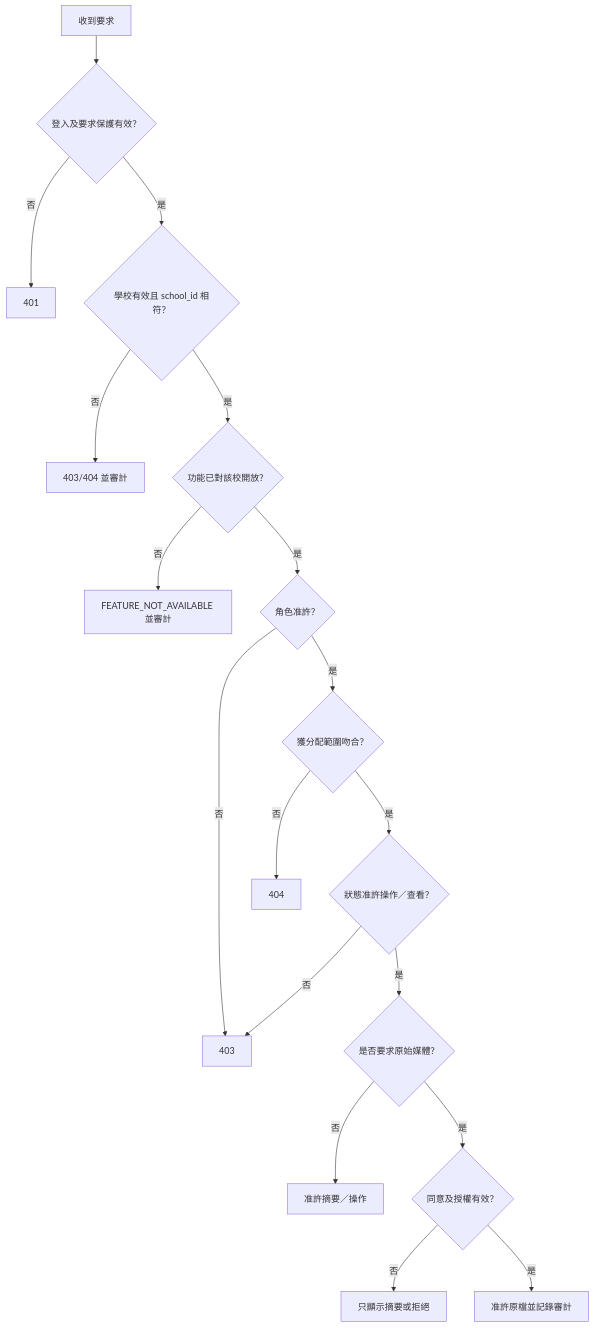
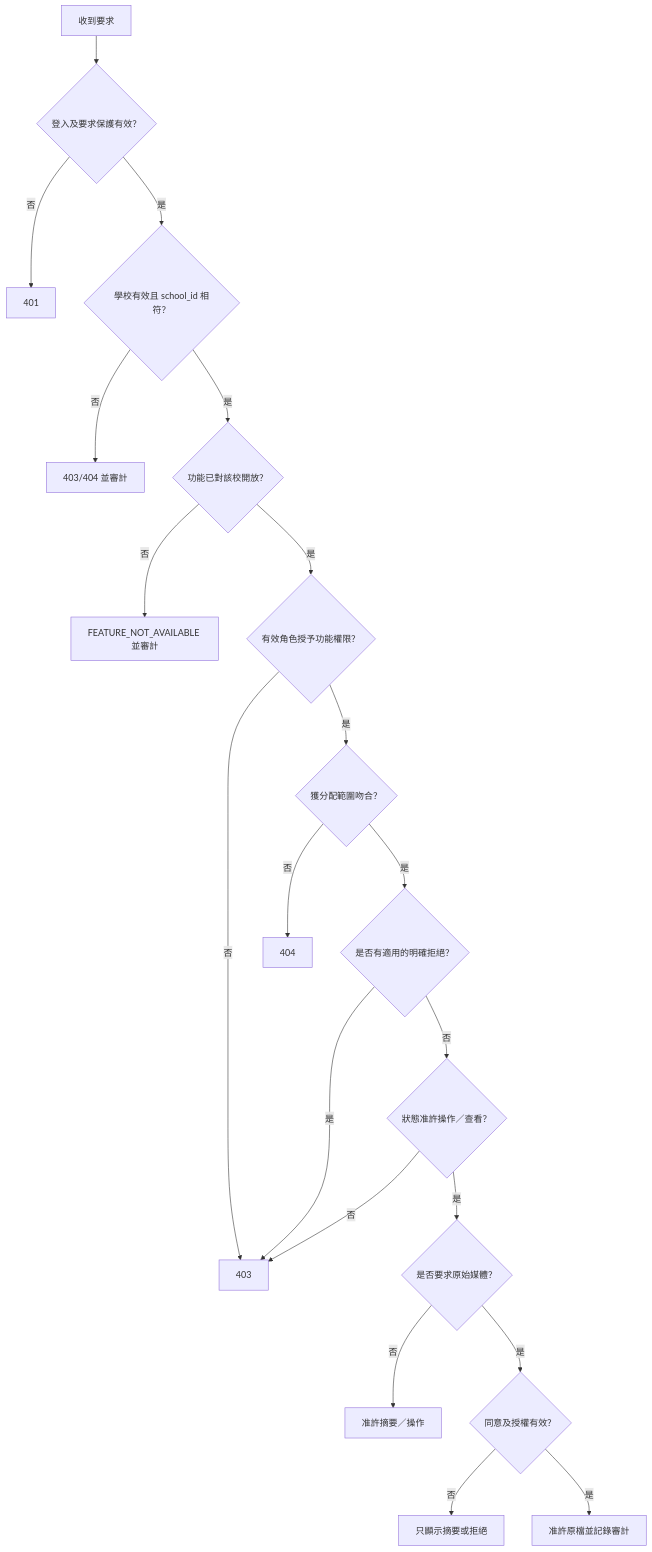
Before and after one commit to heison-octopus/testing-port: the diagram in output/Chinese/SRS/SRS-01 身份工作階段及存取控制.md, drawn with Mermaid. The commit also changed other lines of this file and 117 other files, not shown here.

````diff
--- a/output/Chinese/SRS/SRS-01 身份工作階段及存取控制.md
+++ b/output/Chinese/SRS/SRS-01 身份工作階段及存取控制.md
@@ -61,20 +73,22 @@
 ```mermaid
 flowchart TD
     R[收到要求] --> S{登入及要求保護有效？}
     S -->|否| U[401]
     S -->|是| School{學校有效且 school_id 相符？}
     School -->|否| X[403/404 並審計]
     School -->|是| Feature{功能已對該校開放？}
     Feature -->|否| F[FEATURE_NOT_AVAILABLE 並審計]
-    Feature -->|是| Role{角色准許？}
+    Feature -->|是| Role{有效角色授予功能權限？}
     Role -->|否| D[403]
     Role -->|是| Scope{獲分配範圍吻合？}
     Scope -->|否| N[404]
-    Scope -->|是| State{狀態准許操作／查看？}
+    Scope -->|是| Override{是否有適用的明確拒絕？}
+    Override -->|是| D
+    Override -->|否| State{狀態准許操作／查看？}
     State -->|否| D
     State -->|是| Raw{是否要求原始媒體？}
     Raw -->|否| A[准許摘要／操作]
     Raw -->|是| Consent{同意及授權有效？}
     Consent -->|否| M[只顯示摘要或拒絕]
     Consent -->|是| O[准許原檔並記錄審計]
 ```
````
